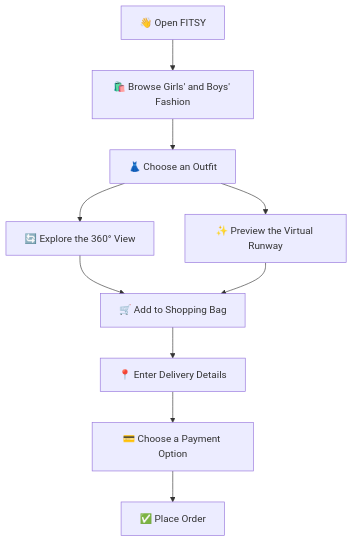
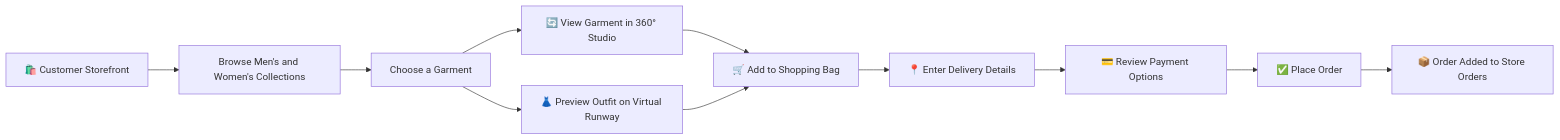
The second of 4 diagrams in README.md (pvenkatagowthamsai-dot/FSFE_PROJECT), drawn with Mermaid before and after one commit. The commit also changed other lines of this file, not shown here.

````diff
--- a/README.md
+++ b/README.md
@@ -47,12 +81,13 @@
 ```mermaid
-flowchart TD
-    A["👋 Open FITSY"] --> B["🛍️ Browse Girls' and Boys' Fashion"]
-    B --> C["👗 Choose an Outfit"]
-    C --> D["🔄 Explore the 360° View"]
-    C --> E["✨ Preview the Virtual Runway"]
+flowchart LR
+    A["🛍️ Customer Storefront"] --> B["Browse Men's and Women's Collections"]
+    B --> C["Choose a Garment"]
+    C --> D["🔄 View Garment in 360° Studio"]
+    C --> E["👗 Preview Outfit on Virtual Runway"]
     D --> F["🛒 Add to Shopping Bag"]
     E --> F
     F --> G["📍 Enter Delivery Details"]
-    G --> H["💳 Choose a Payment Option"]
+    G --> H["💳 Review Payment Options"]
     H --> I["✅ Place Order"]
+    I --> J["📦 Order Added to Store Orders"]
 ```
````
